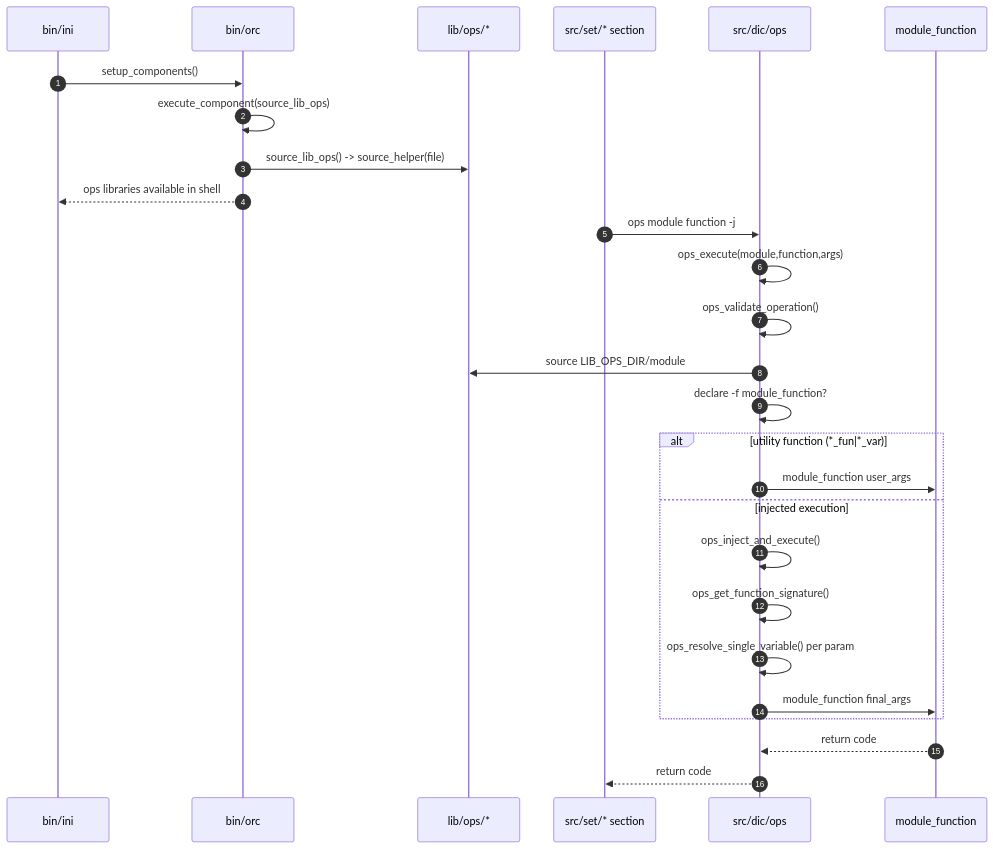
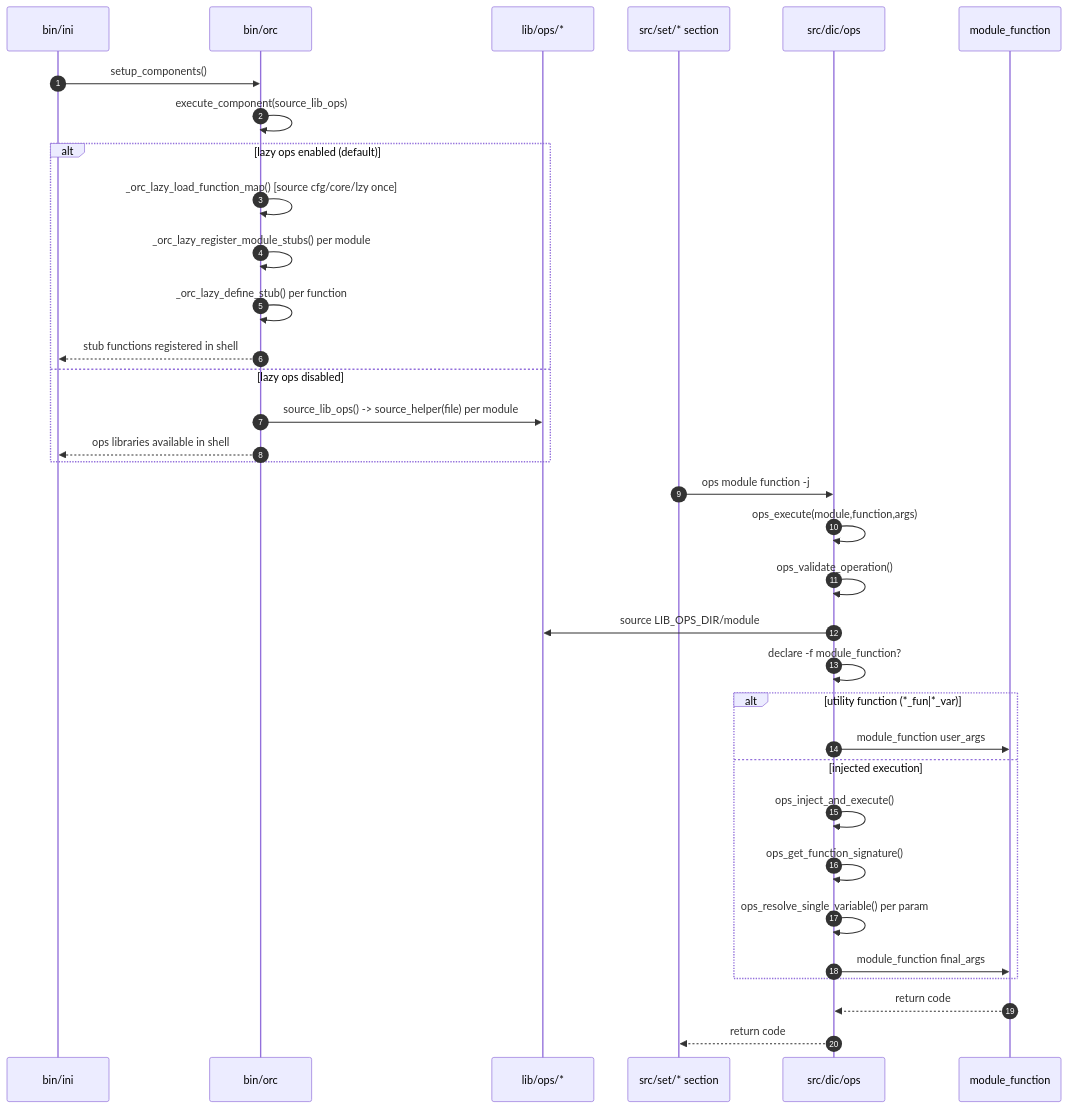
The first of 2 diagrams in doc/arc/03-operational-modules.md (woeiru/lab), drawn with Mermaid before and after one commit. The commit also changed other lines of this file and 6 other files, not shown here.

Commit message:
docs: update architecture docs for bootstrapper performance renewal

````diff
--- a/doc/arc/03-operational-modules.md
+++ b/doc/arc/03-operational-modules.md
@@ -31,33 +32,41 @@
 ```mermaid
 sequenceDiagram
     autonumber
     participant I as bin/ini
     participant O as bin/orc
     participant L as lib/ops/*
     participant S as src/set/* section
     participant D as src/dic/ops
     participant F as module_function
 
     I->>O: setup_components()
     O->>O: execute_component(source_lib_ops)
-    O->>L: source_lib_ops() -> source_helper(file)
-    O-->>I: ops libraries available in shell
+
+    alt lazy ops enabled (default)
+        O->>O: _orc_lazy_load_function_map() [source cfg/core/lzy once]
+        O->>O: _orc_lazy_register_module_stubs() per module
+        O->>O: _orc_lazy_define_stub() per function
+        O-->>I: stub functions registered in shell
+    else lazy ops disabled
+        O->>L: source_lib_ops() -> source_helper(file) per module
+        O-->>I: ops libraries available in shell
+    end
 
     S->>D: ops module function -j
     D->>D: ops_execute(module,function,args)
     D->>D: ops_validate_operation()
     D->>L: source LIB_OPS_DIR/module
     D->>D: declare -f module_function?
 
     alt utility function (*_fun|*_var)
         D->>F: module_function user_args
     else injected execution
         D->>D: ops_inject_and_execute()
         D->>D: ops_get_function_signature()
         D->>D: ops_resolve_single_variable() per param
         D->>F: module_function final_args
     end
 
     F-->>D: return code
     D-->>S: return code
 ```
````
